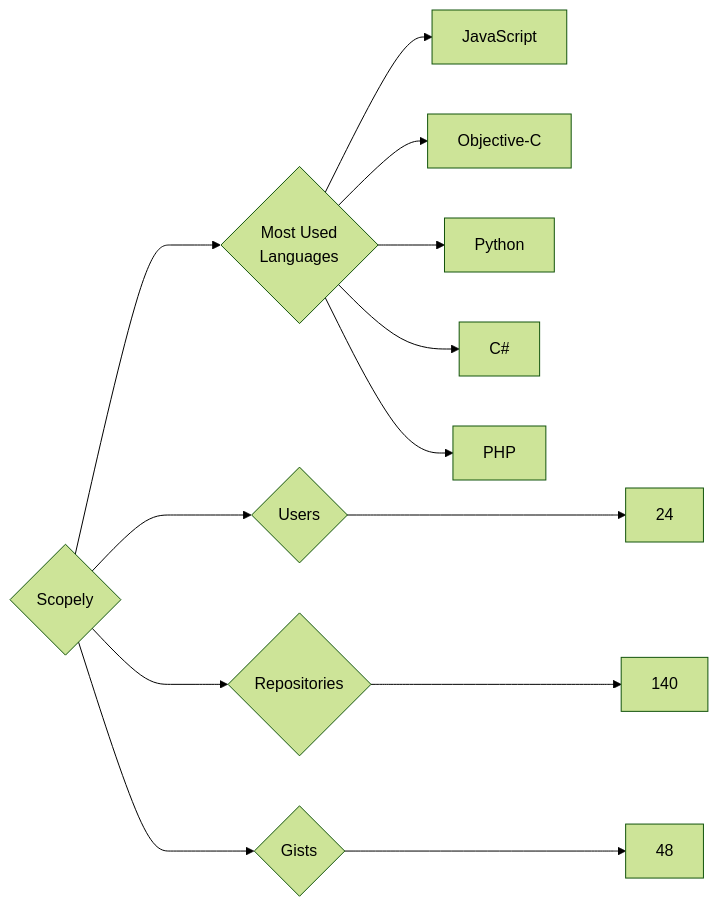
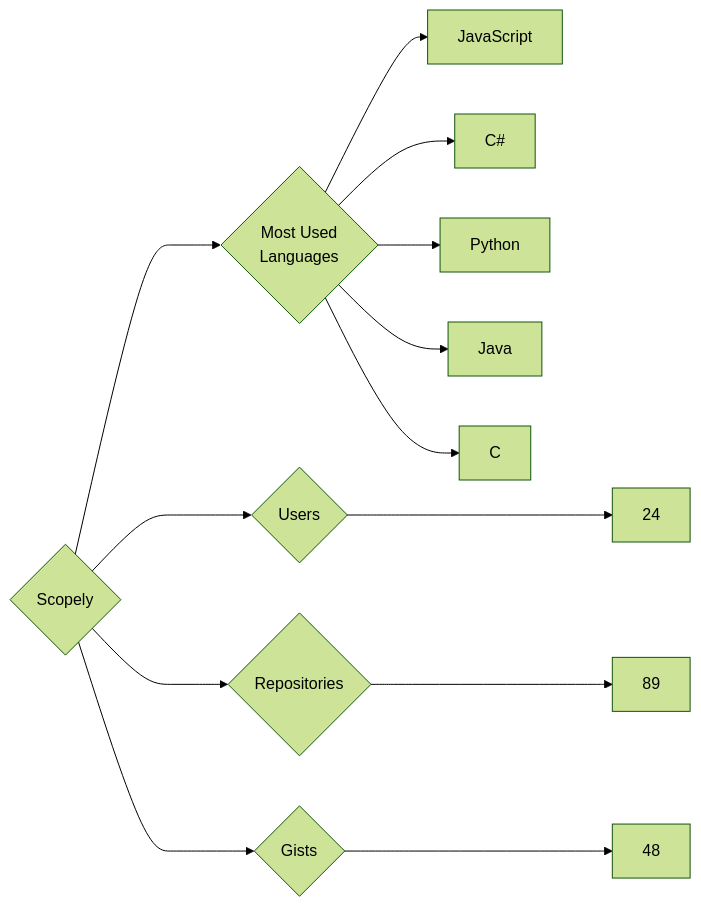
One commit to trickest/insiders changed the diagram in targets/Scopely/README.md. Above: the diagram before and after it, drawn with Mermaid (forest theme). The commit also changed 920 other files, not shown here.

````diff
--- a/targets/Scopely/README.md
+++ b/targets/Scopely/README.md
@@ -3,13 +3,13 @@
 ```mermaid
 graph LR
 COMPANY_NAME{Scopely}
 COMPANY_NAME ---> U{Users} ---> UN[24]
-COMPANY_NAME ---> R{Repositories} ---> RN[140]
+COMPANY_NAME ---> R{Repositories} ---> RN[89]
 COMPANY_NAME ---> G{Gists} ---> GN[48]
 COMPANY_NAME ---> ML{Most Used<br>Languages}
 ML --> JavaScript[JavaScript]
-ML --> Objective-C[Objective-C]
+ML --> C#[C#]
 ML --> Python[Python]
-ML --> C#[C#]
-ML --> PHP[PHP]
+ML --> Java[Java]
+ML --> C[C]
 ```
````
